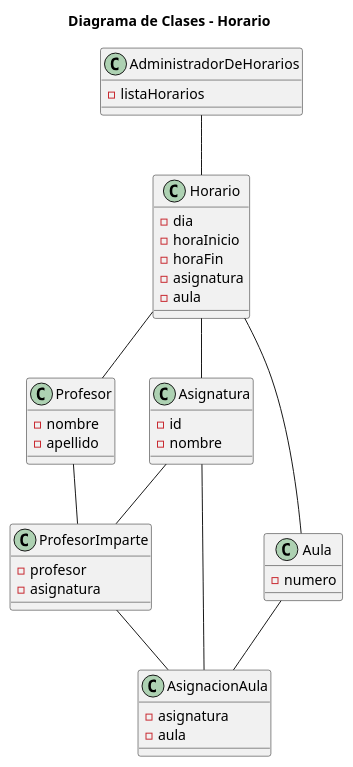
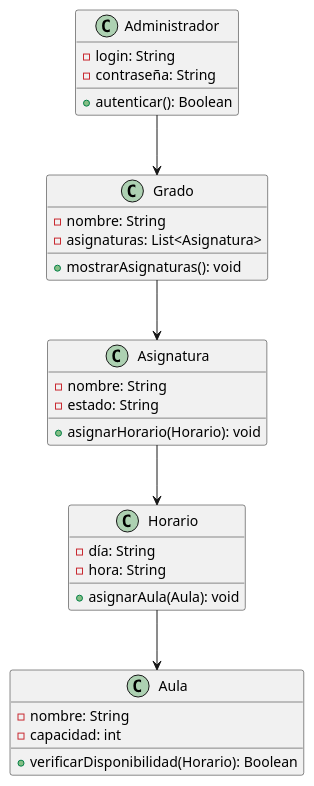
One commit to mmasias/24-25-IdSw1-SDR changed the diagram in modelosUML/DiagramaDeClases.puml. Above: the diagram before and after it, drawn with PlantUML. The commit also changed 21 other files, not shown here.

Commit message:
Re estructure todo el proyecto, nuevos modelo de dominio, nuevas imagenes y diagramas, nuevos casos de uso

```diff
--- a/modelosUML/DiagramaDeClases.puml
+++ b/modelosUML/DiagramaDeClases.puml
@@ -1,50 +1,36 @@
-title Diagrama de Clases - Horario
-
-class AdministradorDeHorarios {
-    - listaHorarios
+@startuml
+class Administrador {
+    - login: String
+    - contraseña: String
+    + autenticar(): Boolean
 }
 
-class Profesor {
-    - nombre
-    - apellido
+class Grado {
+    - nombre: String
+    - asignaturas: List<Asignatura>
+    + mostrarAsignaturas(): void
 }
 
 class Asignatura {
-    - id
-    - nombre
+    - nombre: String
+    - estado: String
+    + asignarHorario(Horario): void
+}
+
+class Horario {
+    - día: String
+    - hora: String
+    + asignarAula(Aula): void
 }
 
 class Aula {
-    - numero
+    - nombre: String
+    - capacidad: int
+    + verificarDisponibilidad(Horario): Boolean
 }
 
-class Horario {
-    - dia
-    - horaInicio
-    - horaFin
-    - asignatura
-    - aula
-}
-
-class ProfesorImparte {
-    - profesor
-    - asignatura
-}
-
-class AsignacionAula {
-    - asignatura
-    - aula
-}
-
-AdministradorDeHorarios -- Horario
-
-Horario -- Profesor
-Horario -- Asignatura
-Horario -- Aula
-
-Profesor -- ProfesorImparte
-Asignatura -- ProfesorImparte
-Asignatura -- AsignacionAula
-Aula -- AsignacionAula
-ProfesorImparte -- AsignacionAula
+Administrador --> Grado
+Grado  -->  Asignatura
+Asignatura --> Horario
+Horario --> Aula
 @enduml
```
